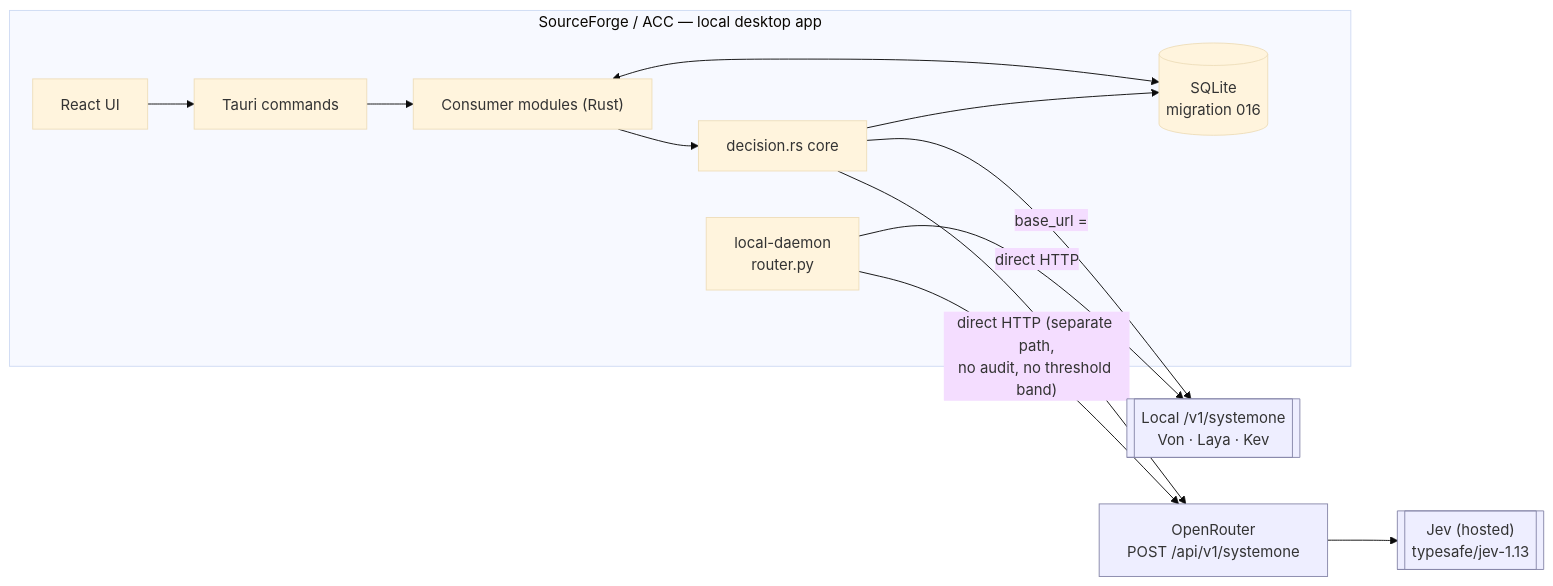
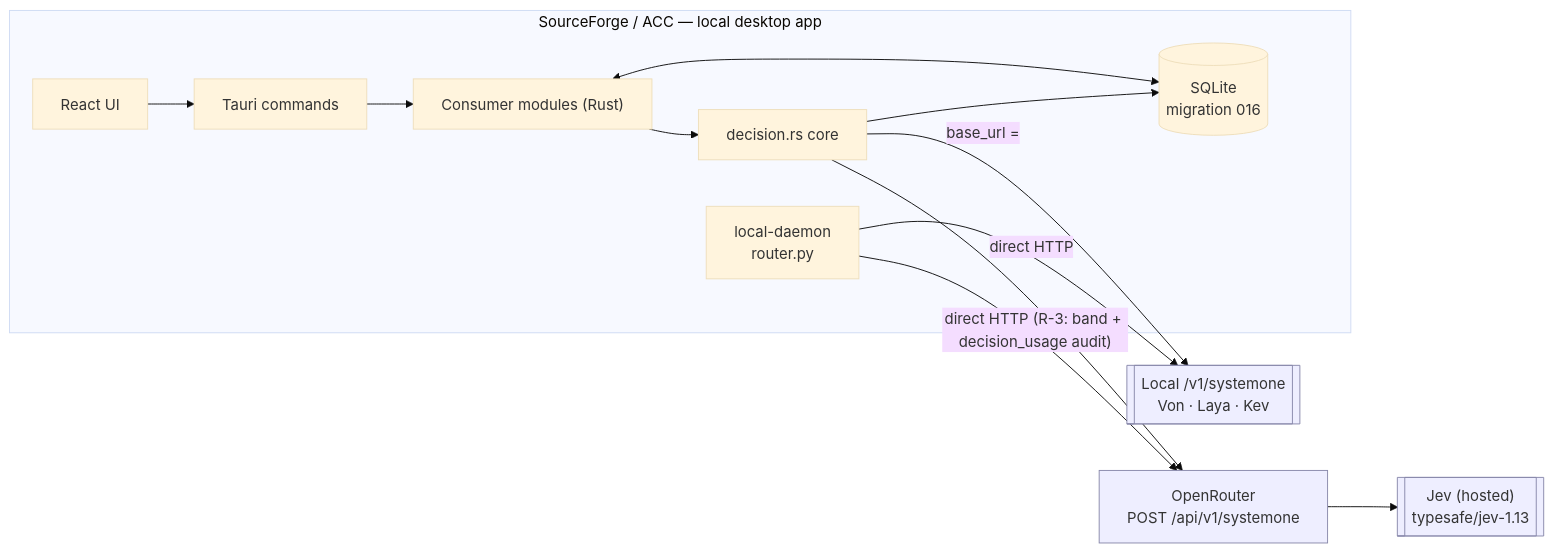
One commit to trac41799/source-forge changed the first of 4 diagrams in docs/specs/001-decision-layer/architecture.md. Above: the diagram before and after it, drawn with Mermaid (base theme). The commit also changed other lines of this file and 14 other files, not shown here.

````diff
--- a/docs/specs/001-decision-layer/architecture.md
+++ b/docs/specs/001-decision-layer/architecture.md
@@ -22,23 +22,23 @@
 ```mermaid
 flowchart LR
   subgraph ACC["SourceForge / ACC — local desktop app"]
     UI["React UI"]
     CMD["Tauri commands"]
     CONS["Consumer modules (Rust)"]
     CORE["decision.rs core"]
     DB[("SQLite\nmigration 016")]
     DAEMON["local-daemon\nrouter.py"]
   end
   OR["OpenRouter\nPOST /api/v1/systemone"]
   JEV[["Jev (hosted)\ntypesafe/jev-1.13"]]
   LOCAL[["Local /v1/systemone\nVon · Laya · Kev"]]
 
   UI --> CMD --> CONS --> CORE --> OR --> JEV
   CORE -->|"base_url = <local>"| LOCAL
   CONS <--> DB
   CORE --> DB
-  DAEMON -->|"direct HTTP (separate path,\nno audit, no threshold band)"| OR
+  DAEMON -->|"direct HTTP (R-3: band + decision_usage audit)"| OR
   DAEMON -->|"direct HTTP"| LOCAL
   classDef ext fill:#eef,stroke:#88a
   class OR,JEV,LOCAL ext
 ```
````
